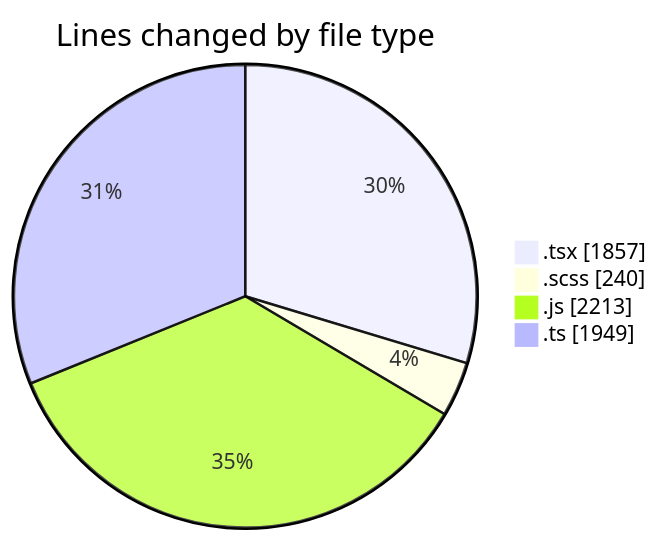
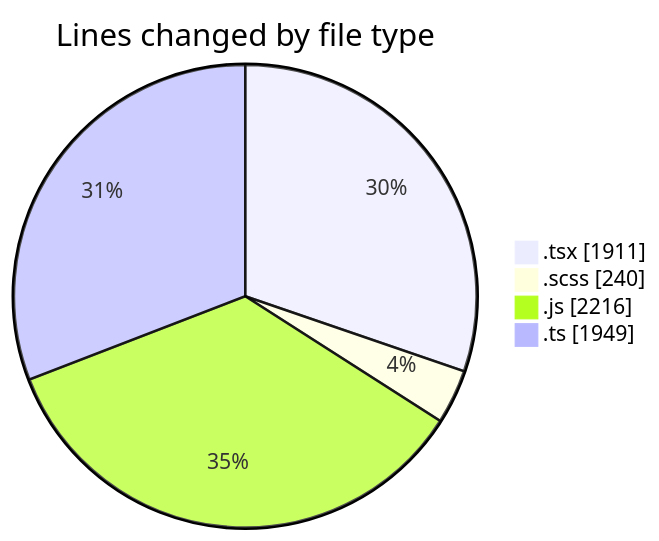
Before and after one commit to momahboobian/code-tracking: the first of 2 diagrams in 2026-06-17/cda/README.md, drawn with Mermaid. The commit also changed other lines of this file and 1 other file, not shown here.

````diff
--- a/2026-06-17/cda/README.md
+++ b/2026-06-17/cda/README.md
@@ -49,8 +49,8 @@
 ```mermaid
 pie showData
 title Lines changed by file type
-".tsx" : 1857
+".tsx" : 1911
 ".scss" : 240
-".js" : 2213
+".js" : 2216
 ".ts" : 1949
 ```
````
